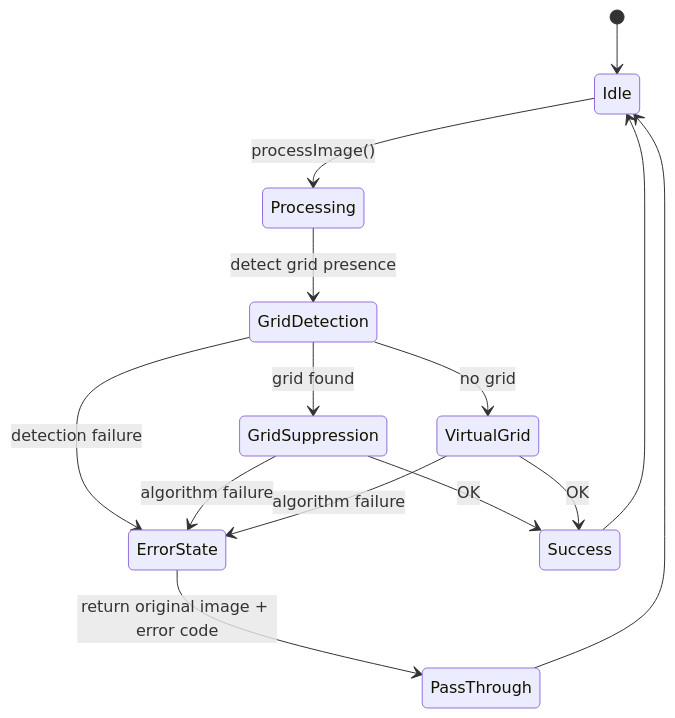
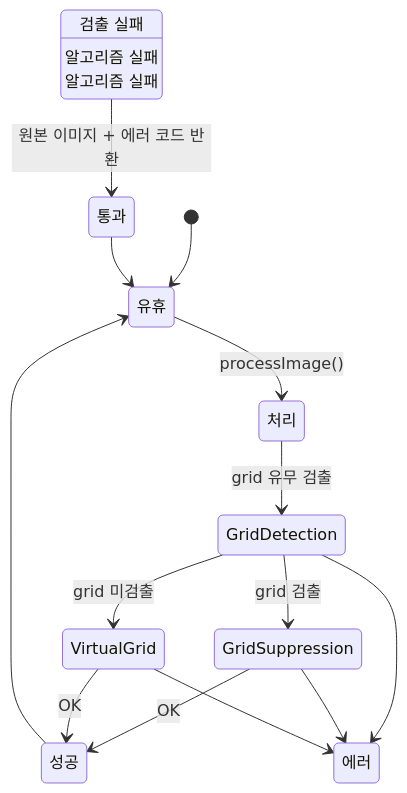
One commit to holee9/image-processing changed the ninth of 13 diagrams in docs/post-processing/gsvg/GSVG_IEC62304_ClassB_Document_Package.md. Above: the diagram before and after it, drawn with Mermaid. The commit also changed other lines of this file and 51 other files, not shown here.

````diff
--- a/docs/post-processing/gsvg/GSVG_IEC62304_ClassB_Document_Package.md
+++ b/docs/post-processing/gsvg/GSVG_IEC62304_ClassB_Document_Package.md
@@ -443,16 +443,16 @@
 ```mermaid
 stateDiagram-v2
-    [*] --> Idle
-    Idle --> Processing: processImage()
-    Processing --> GridDetection: detect grid presence
-    GridDetection --> GridSuppression: grid found
-    GridDetection --> VirtualGrid: no grid
-    GridDetection --> ErrorState: detection failure
-    GridSuppression --> Success: OK
-    GridSuppression --> ErrorState: algorithm failure
-    VirtualGrid --> Success: OK
-    VirtualGrid --> ErrorState: algorithm failure
-    ErrorState --> PassThrough: return original image + error code
-    PassThrough --> Idle
-    Success --> Idle
+    [*] --> 유휴
+    유휴 --> 처리: processImage()
+    처리 --> GridDetection: grid 유무 검출
+    GridDetection --> GridSuppression: grid 검출
+    GridDetection --> VirtualGrid: grid 미검출
+    GridDetection --> 에러 상태: 검출 실패
+    GridSuppression --> 성공: OK
+    GridSuppression --> 에러 상태: 알고리즘 실패
+    VirtualGrid --> 성공: OK
+    VirtualGrid --> 에러 상태: 알고리즘 실패
+    에러 상태 --> 통과: 원본 이미지 + 에러 코드 반환
+    통과 --> 유휴
+    성공 --> 유휴
 ```
````
